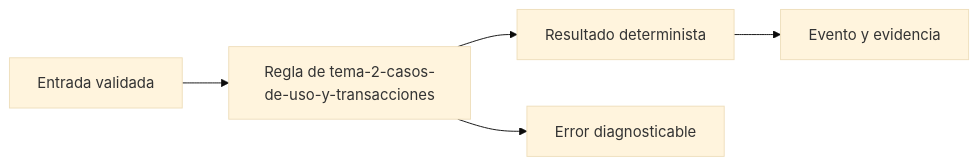
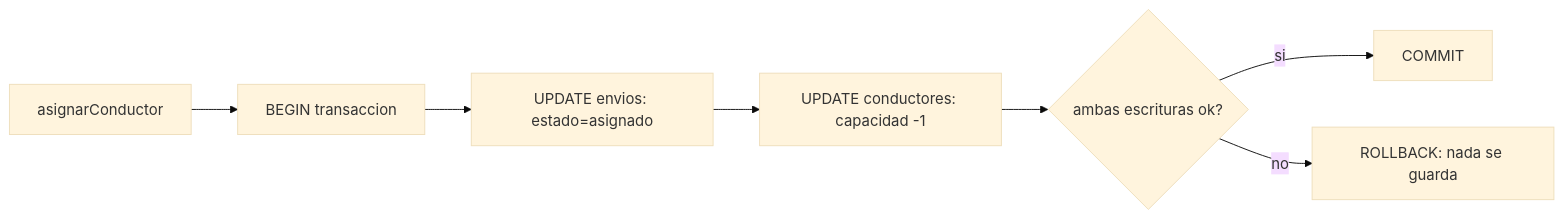
Before and after one commit to NICORUIZ93/Academia_Floci: the fourth of 6 diagrams in web/public/content/rutaflow/modulo-2.md, drawn with Mermaid (base theme). The commit also changed other lines of this file and 56 other files, not shown here.

````diff
--- a/web/public/content/rutaflow/modulo-2.md
+++ b/web/public/content/rutaflow/modulo-2.md
@@ -133,7 +192,9 @@
 ```mermaid
 flowchart LR
-  A[Entrada validada] --> B[Regla de tema-2-casos-de-uso-y-transacciones]
-  B --> C[Resultado determinista]
-  C --> D[Evento y evidencia]
-  B --> E[Error diagnosticable]
+  A[asignarConductor] --> B[BEGIN transaccion]
+  B --> C[UPDATE envios: estado=asignado]
+  C --> D[UPDATE conductores: capacidad -1]
+  D --> E{ambas escrituras ok?}
+  E -->|si| F[COMMIT]
+  E -->|no| G[ROLLBACK: nada se guarda]
 ```
````
